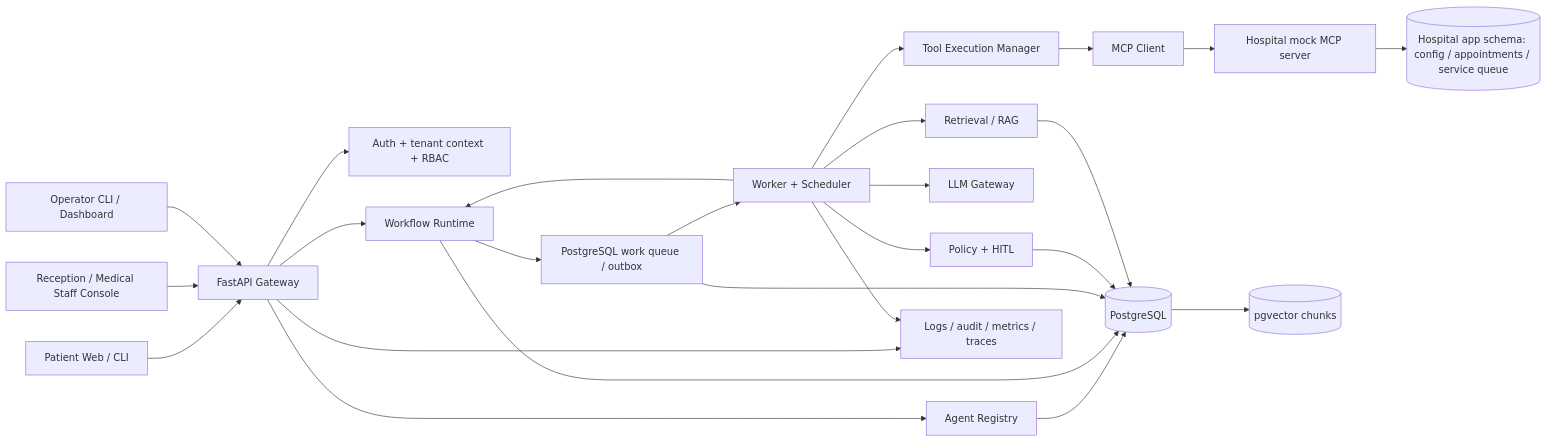
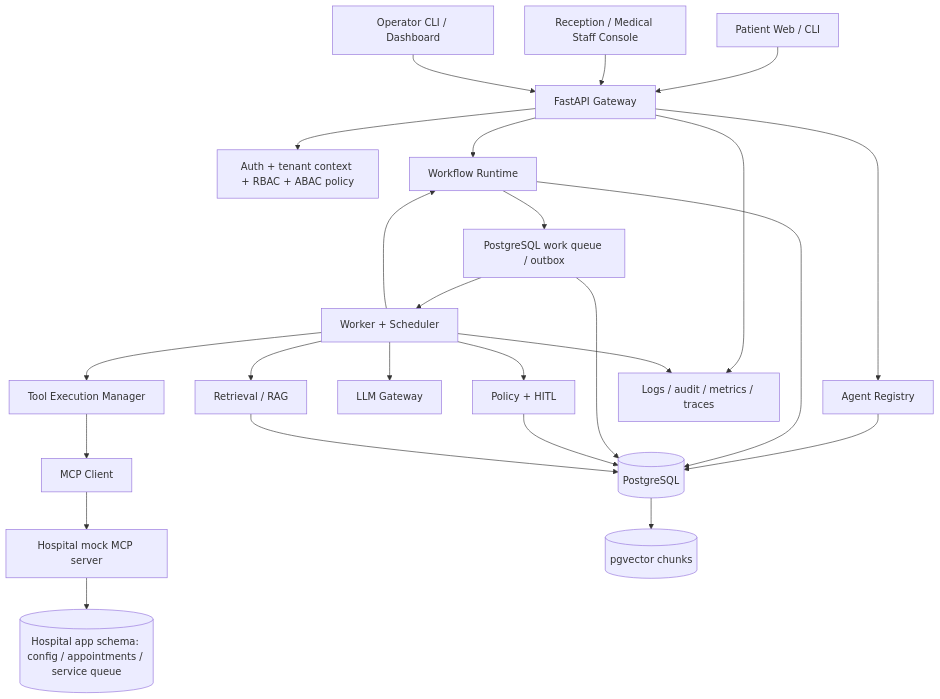
One commit to truongthuanr/hospital-agent-platform changed the first of 3 diagrams in docs/architecture.md. Above: the diagram before and after it, drawn with Mermaid. The commit also changed other lines of this file, not shown here.

Commit message:
update architecture

````diff
--- a/docs/architecture.md
+++ b/docs/architecture.md
@@ -35,27 +35,27 @@
 ```mermaid
-flowchart LR
+flowchart TD
     Patient[Patient Web / CLI] --> API[FastAPI Gateway]
     Staff[Reception / Medical Staff Console] --> API
     Operator[Operator CLI / Dashboard] --> API
-    API --> Auth[Auth + tenant context + RBAC]
+    API --> Auth[Auth + tenant context + RBAC + ABAC policy]
     API --> Registry[Agent Registry]
     API --> Runtime[Workflow Runtime]
     Runtime --> Queue[PostgreSQL work queue / outbox]
     Queue --> Worker[Worker + Scheduler]
     Worker --> Runtime
     Worker --> Policy[Policy + HITL]
     Worker --> LLM[LLM Gateway]
     Worker --> Retrieval[Retrieval / RAG]
     Worker --> Tools[Tool Execution Manager]
     Tools --> MCP[MCP Client]
     MCP --> Hospital[Hospital mock MCP server]
     Registry --> DB[(PostgreSQL)]
     Runtime --> DB
     Queue --> DB
     Policy --> DB
     Retrieval --> DB
     DB --> Vector[(pgvector chunks)]
     API --> Telemetry[Logs / audit / metrics / traces]
     Worker --> Telemetry
     Hospital --> Domain[(Hospital app schema: config / appointments / service queue)]
 ```
````
